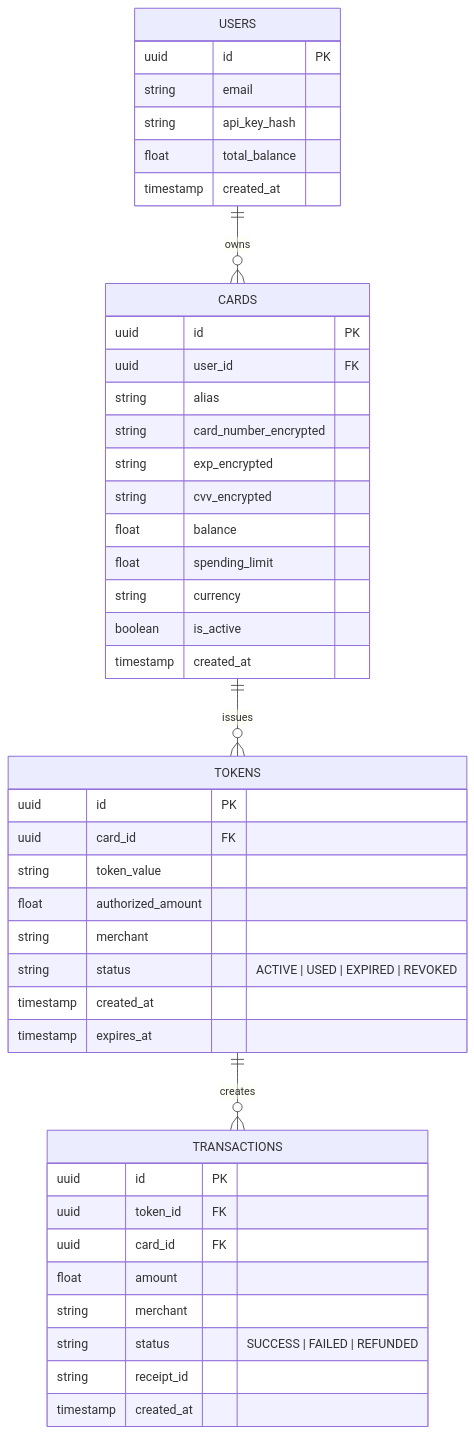
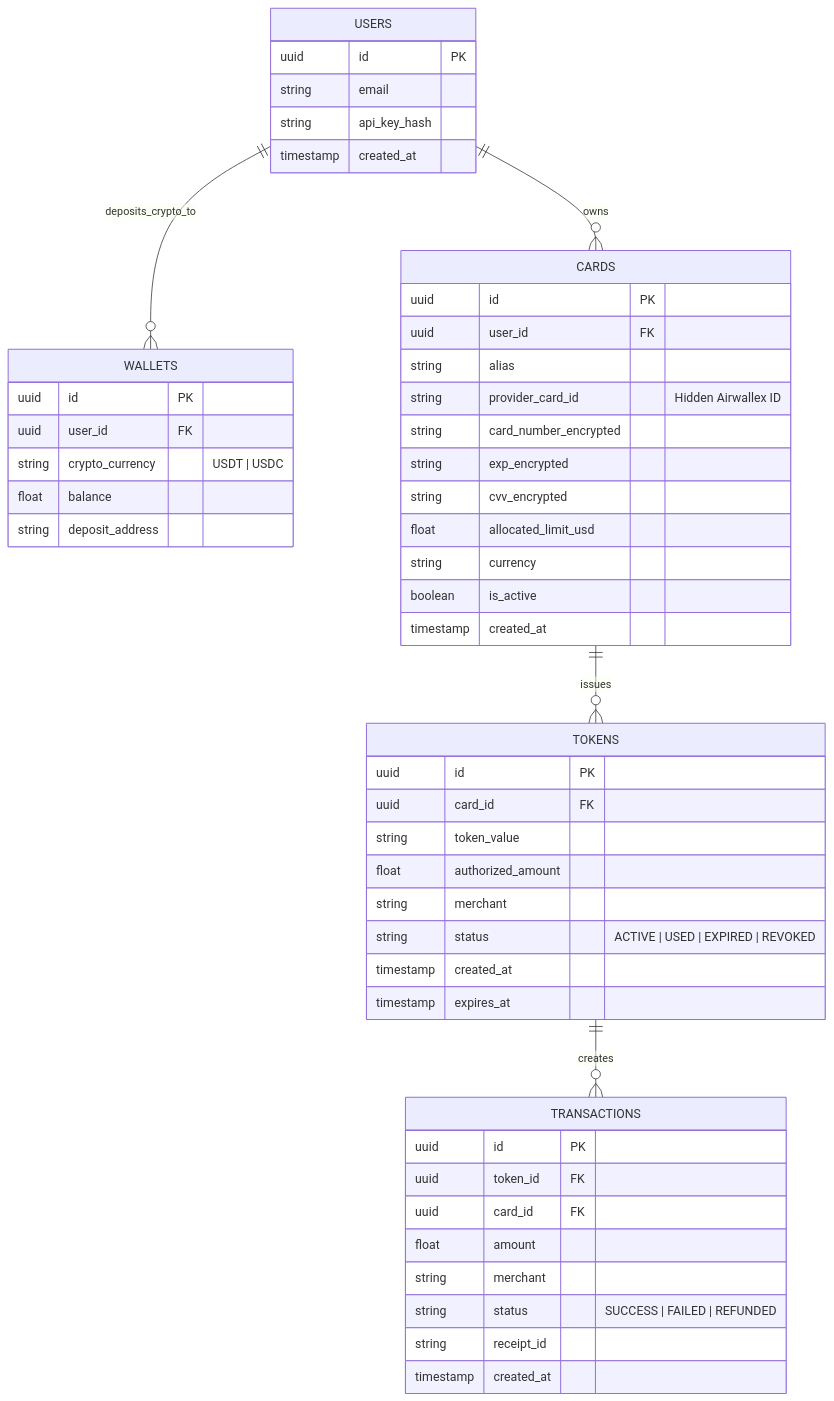
One commit to Dempty-glitch/ai-card-mcp changed the first of 2 diagrams in docs/backend_architecture.md. Above: the diagram before and after it, drawn with Mermaid. The commit also changed other lines of this file and 1 other file, not shown here.

Commit message:
docs: Update business model with Dual-Interface and Issuer Abstraction Layer (Airwallex)

````diff
--- a/docs/backend_architecture.md
+++ b/docs/backend_architecture.md
@@ -8,50 +14,58 @@
 ```mermaid
 erDiagram
+    USERS ||--o{ WALLETS : "deposits_crypto_to"
     USERS ||--o{ CARDS : "owns"
     CARDS ||--o{ TOKENS : "issues"
     TOKENS ||--o{ TRANSACTIONS : "creates"
 
     USERS {
         uuid id PK
         string email
         string api_key_hash
-        float total_balance
         timestamp created_at
+    }
+
+    WALLETS {
+        uuid id PK
+        uuid user_id FK
+        string crypto_currency "USDT | USDC"
+        float balance
+        string deposit_address
     }
 
     CARDS {
         uuid id PK
         uuid user_id FK
         string alias
+        string provider_card_id "Hidden Airwallex ID"
         string card_number_encrypted
         string exp_encrypted
         string cvv_encrypted
-        float balance
-        float spending_limit
+        float allocated_limit_usd
         string currency
         boolean is_active
         timestamp created_at
     }
 
     TOKENS {
         uuid id PK
         uuid card_id FK
         string token_value
         float authorized_amount
         string merchant
         string status "ACTIVE | USED | EXPIRED | REVOKED"
         timestamp created_at
         timestamp expires_at
     }
 
     TRANSACTIONS {
         uuid id PK
         uuid token_id FK
         uuid card_id FK
         float amount
         string merchant
         string status "SUCCESS | FAILED | REFUNDED"
         string receipt_id
         timestamp created_at
     }
 ```
````
